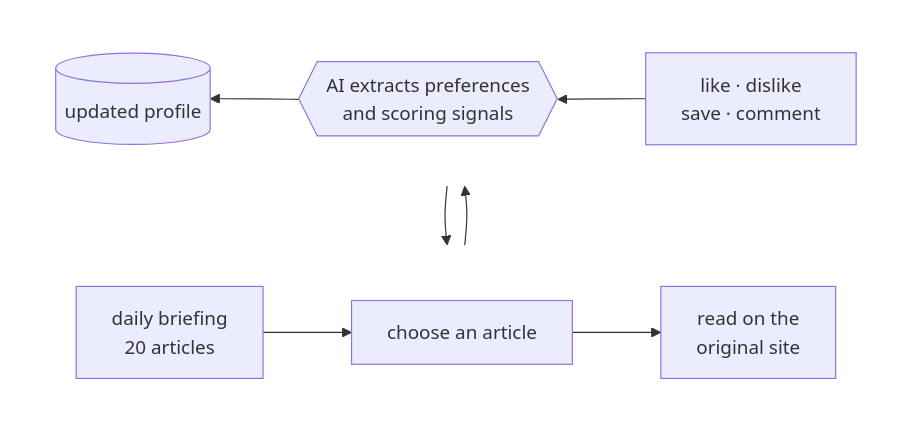
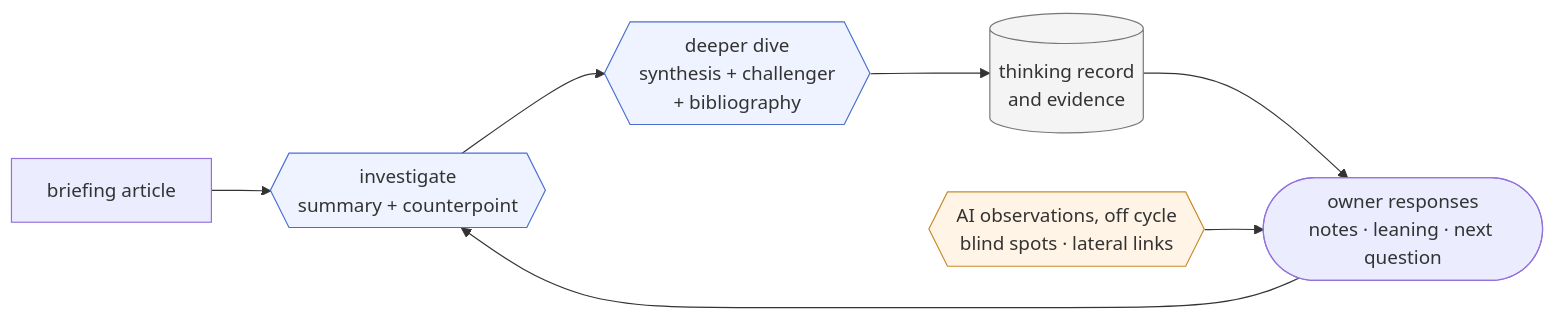
The sixth of 13 diagrams in ARCHITECTURE.md (robertvanstedum/personal-ai-agents), drawn with Mermaid before and after one commit. The commit also changed other lines of this file and 9 other files, not shown here.

First line of the commit message:
Key docs for mini-moi 1.2 beta: README, ARCHITECTURE and a terms appendix

````diff
--- a/ARCHITECTURE.md
+++ b/ARCHITECTURE.md
@@ -284,20 +704,15 @@
 ```mermaid
-flowchart TB
-    subgraph TOP[" "]
-        direction LR
-        A["daily briefing<br/>20 articles"] --> B[choose an article]
-        B --> C[read on the<br/>original site]
-    end
-
-    subgraph BOTTOM[" "]
-        direction RL
-        R[like · dislike<br/>save · comment] --> P{{AI extracts preferences<br/>and scoring signals}}
-        P --> F[(updated profile)]
-    end
-
-    B --> R
-    F --> A
-
-    style TOP fill:transparent,stroke:transparent
-    style BOTTOM fill:transparent,stroke:transparent
+flowchart LR
+    D[briefing article] --> I{{investigate<br/>summary + counterpoint}}
+    I --> DD{{deeper dive<br/>synthesis + challenger<br/>+ bibliography}}
+    DD --> R[(thinking record<br/>and evidence)]
+    R --> E([owner responses<br/>notes · leaning · next question])
+    E --> I
+    O{{AI observations, off cycle<br/>blind spots · lateral links}} --> E
+    class I,DD,O ai
+    class R store
+    class O wide
+    classDef ai fill:#eef3ff,stroke:#4a6fd1
+    classDef store fill:#f4f4f4,stroke:#777
+    classDef wide fill:#fff4e5,stroke:#c98a2b
 ```
````
